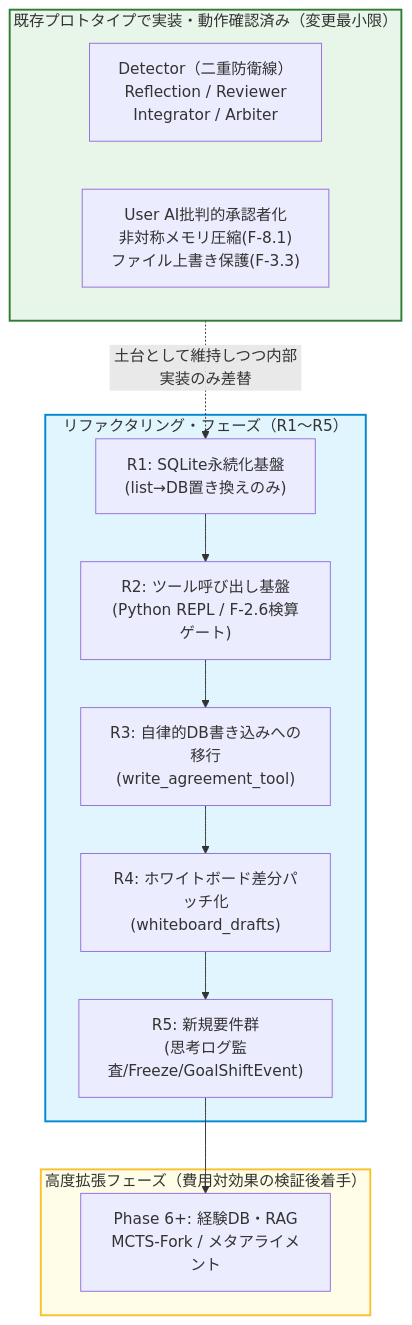
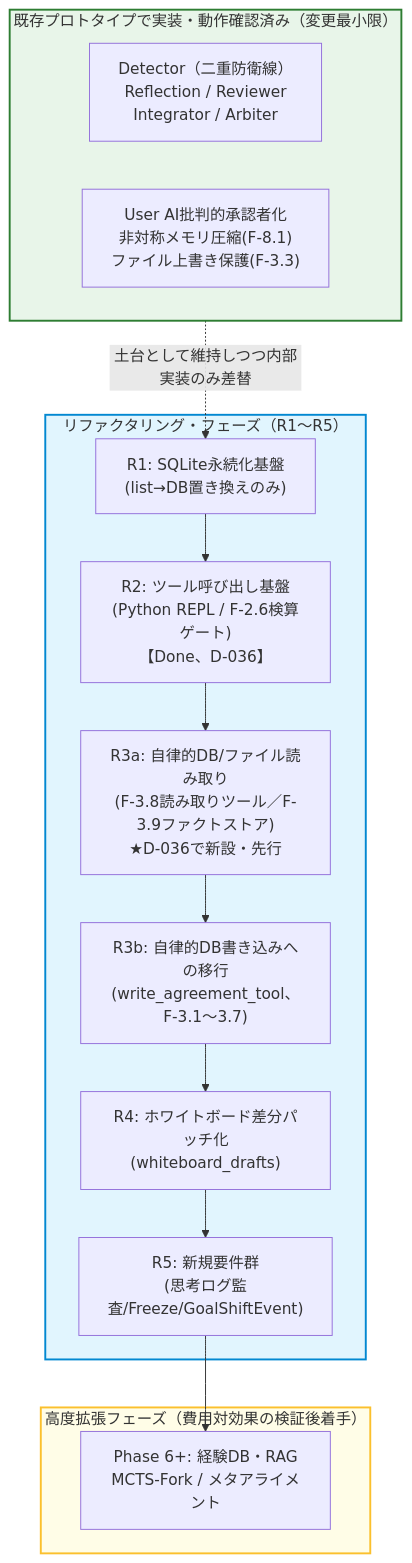
One commit to tomohiro-momose-dev/CELA changed the diagram in docs/design/cela_roadmap_v25.md. Above: the diagram before and after it, drawn with Mermaid. The commit also changed other lines of this file and 15 other files, not shown here.

````diff
--- a/docs/design/cela_roadmap_v25.md
+++ b/docs/design/cela_roadmap_v25.md
@@ -12,22 +14,23 @@
 ```mermaid
 flowchart TD
     subgraph Existing["既存プロトタイプで実装・動作確認済み（変更最小限）"]
         E1["Detector（二重防衛線）<br>Reflection / Reviewer<br>Integrator / Arbiter"]
         E2["User AI批判的承認者化<br>非対称メモリ圧縮(F-8.1)<br>ファイル上書き保護(F-3.3)"]
     end
     subgraph Refactor["リファクタリング・フェーズ（R1〜R5）"]
-        R1["R1: SQLite永続化基盤<br>(list→DB置き換えのみ)"] --> R2["R2: ツール呼び出し基盤<br>(Python REPL / F-2.6検算ゲート)"]
-        R2 --> R3["R3: 自律的DB書き込みへの移行<br>(write_agreement_tool)"]
-        R3 --> R4["R4: ホワイトボード差分パッチ化<br>(whiteboard_drafts)"]
+        R1["R1: SQLite永続化基盤<br>(list→DB置き換えのみ)"] --> R2["R2: ツール呼び出し基盤<br>(Python REPL / F-2.6検算ゲート)<br>【Done、D-036】"]
+        R2 --> R3a["R3a: 自律的DB/ファイル読み取り<br>(F-3.8読み取りツール／F-3.9ファクトストア)<br>★D-036で新設・先行"]
+        R3a --> R3b["R3b: 自律的DB書き込みへの移行<br>(write_agreement_tool、F-3.1〜3.7)"]
+        R3b --> R4["R4: ホワイトボード差分パッチ化<br>(whiteboard_drafts)"]
         R4 --> R5["R5: 新規要件群<br>(思考ログ監査/Freeze/GoalShiftEvent)"]
     end
     subgraph Expansion["高度拡張フェーズ（費用対効果の検証後着手）"]
         R5 --> P6["Phase 6+: 経験DB・RAG<br>MCTS-Fork / メタアライメント"]
     end
     
     Existing -.->|土台として維持しつつ内部実装のみ差替| R1
 
     style Existing fill:#e8f5e9,stroke:#2e7d32,stroke-width:2px
     style Refactor fill:#e1f5fe,stroke:#0288d1,stroke-width:2px
     style Expansion fill:#fffde7,stroke:#fbc02d,stroke-width:2px
 ```
````
